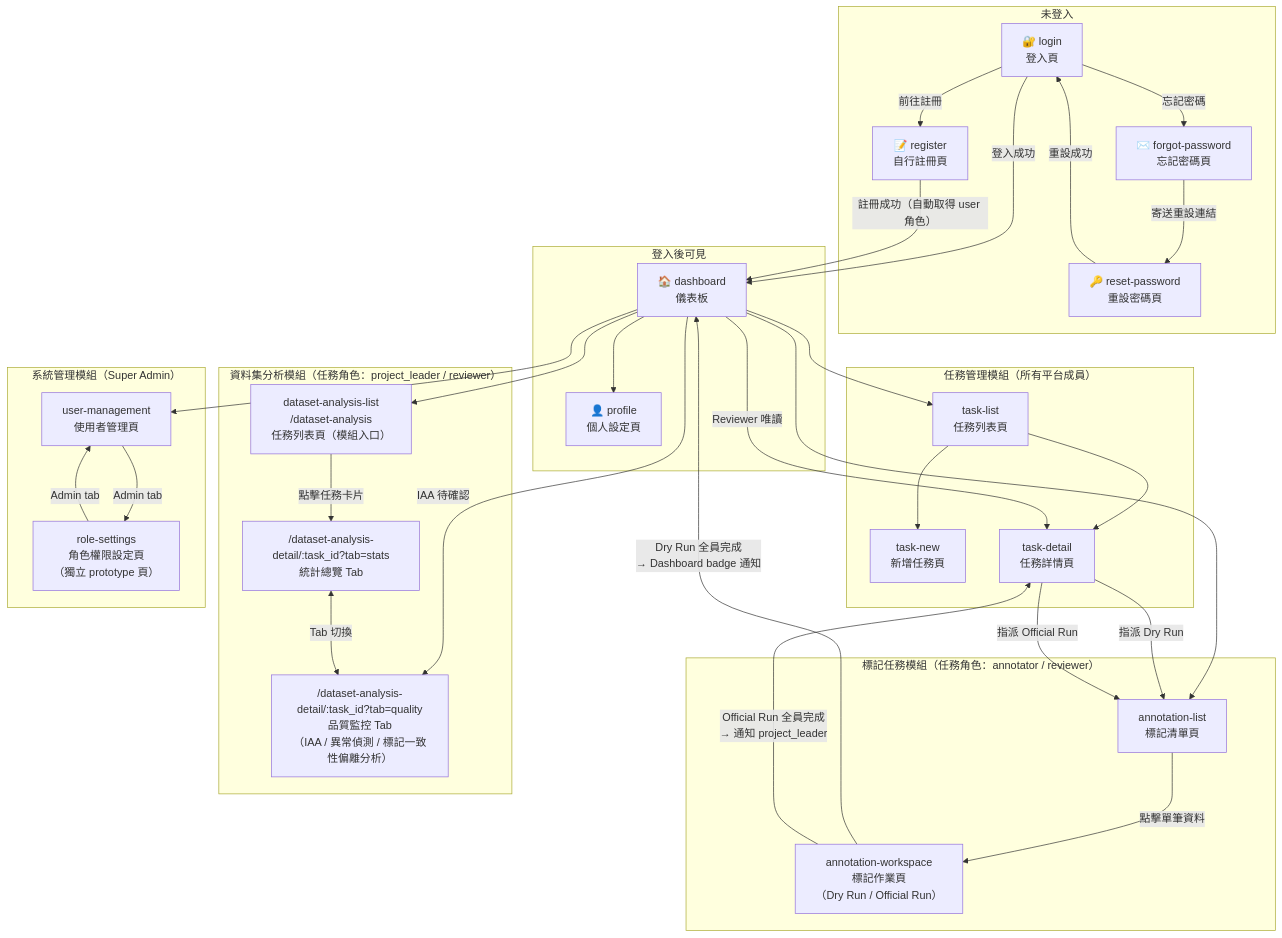
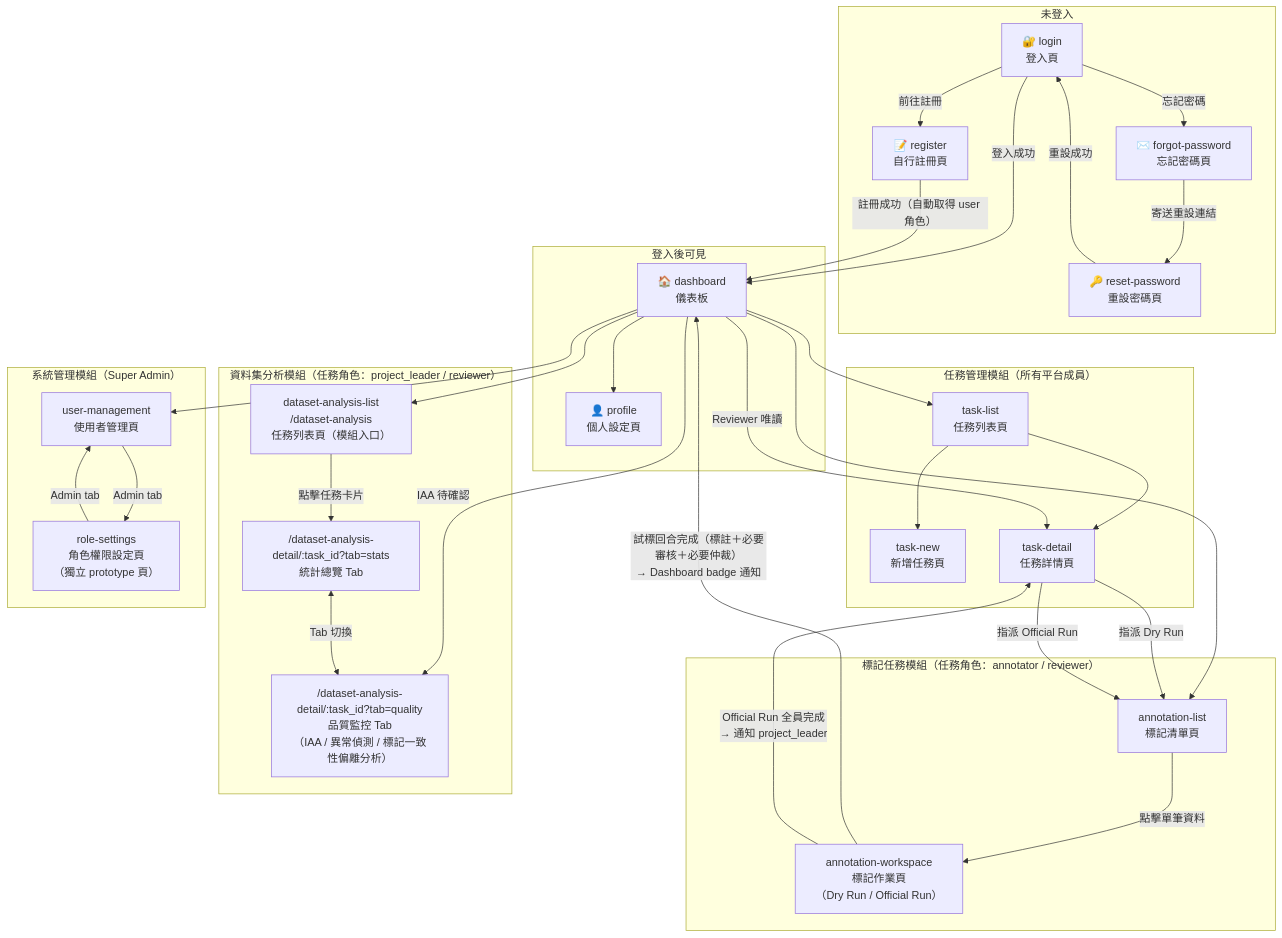
The first of 5 diagrams in docs/product/ia/information-architecture.md (singyichen/label-suite), drawn with Mermaid before and after one commit. The commit also changed other lines of this file and 4 other files, not shown here.

First line of the commit message:
docs(product): sync baseline counts and Dry Run completion wording

````diff
--- a/docs/product/ia/information-architecture.md
+++ b/docs/product/ia/information-architecture.md
@@ -139,64 +139,64 @@
 ```mermaid
 flowchart TD
   subgraph 未登入
     LOGIN["🔐 login\n登入頁"]
     REGISTER["📝 register\n自行註冊頁"]
     FORGOT["✉️ forgot-password\n忘記密碼頁"]
     RESET["🔑 reset-password\n重設密碼頁"]
   end
 
   subgraph 登入後可見
     DASH["🏠 dashboard\n儀表板"]
     PROFILE["👤 profile\n個人設定頁"]
   end
 
   subgraph 任務管理模組["任務管理模組（所有平台成員）"]
     TLIST["task-list\n任務列表頁"]
     TNEW["task-new\n新增任務頁"]
     TDETAIL["task-detail\n任務詳情頁"]
   end
 
   subgraph 標記任務模組["標記任務模組（任務角色：annotator / reviewer）"]
     ALIST["annotation-list\n標記清單頁"]
     ANNOT["annotation-workspace\n標記作業頁\n（Dry Run / Official Run）"]
   end
 
   subgraph 資料集分析模組["資料集分析模組（任務角色：project_leader / reviewer）"]
     DA_LIST["dataset-analysis-list\n/dataset-analysis\n任務列表頁（模組入口）"]
     STATS["/dataset-analysis-detail/:task_id?tab=stats\n統計總覽 Tab"]
     QUALITY["/dataset-analysis-detail/:task_id?tab=quality\n品質監控 Tab\n（IAA / 異常偵測 / 標記一致性偏離分析）"]
   end
 
   subgraph 系統管理模組["系統管理模組（Super Admin）"]
     USERS["user-management\n使用者管理頁"]
     ROLES["role-settings\n角色權限設定頁\n（獨立 prototype 頁）"]
   end
 
   LOGIN -->|"登入成功"| DASH
   LOGIN -->|"前往註冊"| REGISTER
   LOGIN -->|"忘記密碼"| FORGOT
   FORGOT -->|"寄送重設連結"| RESET
   RESET -->|"重設成功"| LOGIN
   REGISTER -->|"註冊成功（自動取得 user 角色）"| DASH
   DASH --> PROFILE
   DASH --> TLIST
   DASH --> ALIST
   DASH --> DA_LIST
   DA_LIST -->|點擊任務卡片| STATS
   DASH -->|IAA 待確認| QUALITY
   DASH --> USERS
 
   TLIST --> TNEW
   TLIST --> TDETAIL
   DASH -->|Reviewer 唯讀| TDETAIL
   TDETAIL -->|指派 Dry Run| ALIST
   TDETAIL -->|指派 Official Run| ALIST
   ALIST -->|點擊單筆資料| ANNOT
-  ANNOT -->|Dry Run 全員完成\n→ Dashboard badge 通知| DASH
+  ANNOT -->|試標回合完成（標註＋必要審核＋必要仲裁）\n→ Dashboard badge 通知| DASH
   ANNOT -->|Official Run 全員完成\n→ 通知 project_leader| TDETAIL
 
   USERS -->|Admin tab| ROLES
   ROLES -->|Admin tab| USERS
 
   STATS <-->|Tab 切換| QUALITY
 ```
````
